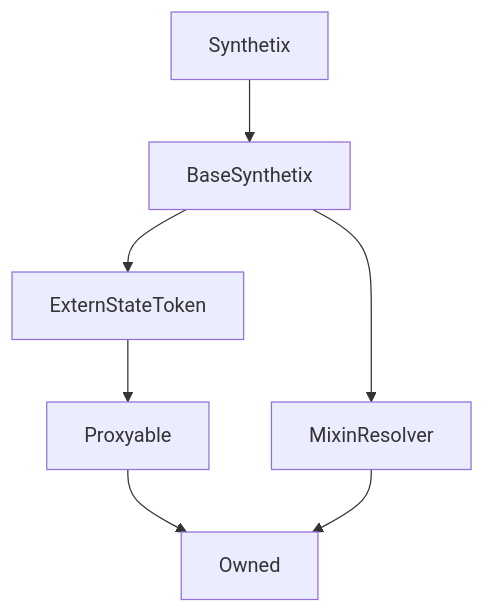
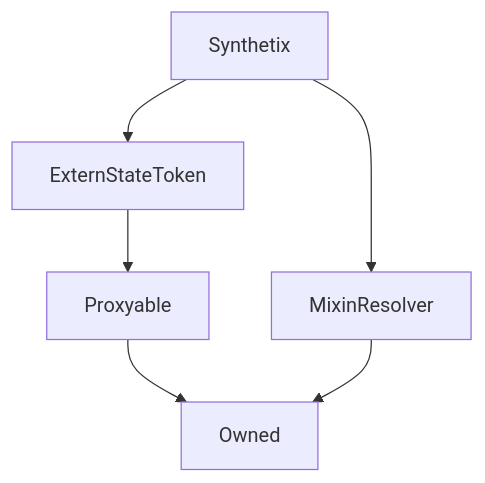
Before and after one commit to Synthetixio/synthetix-docs: the diagram in content/contracts/source/contracts/Synthetix.md, drawn with Mermaid. The commit also changed other lines of this file and 97 other files, not shown here.

````diff
--- a/content/contracts/source/contracts/Synthetix.md
+++ b/content/contracts/source/contracts/Synthetix.md
@@ -11,10 +11,9 @@
 ```mermaid
 graph TD
-    Synthetix[Synthetix] --> BaseSynthetix[BaseSynthetix]
-    BaseSynthetix[BaseSynthetix] --> ExternStateToken[ExternStateToken]
-    BaseSynthetix[BaseSynthetix] --> MixinResolver[MixinResolver]
+    Synthetix[Synthetix] --> ExternStateToken[ExternStateToken]
+    Synthetix[Synthetix] --> MixinResolver[MixinResolver]
     ExternStateToken[ExternStateToken] --> Proxyable[Proxyable]
     Proxyable[Proxyable] --> Owned[Owned]
     MixinResolver[MixinResolver] --> Owned[Owned]
 
 ```
````
